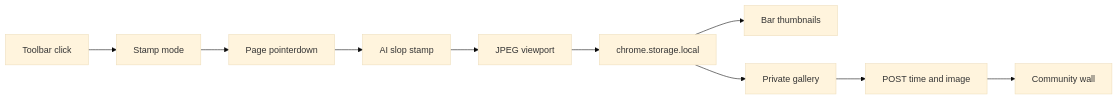
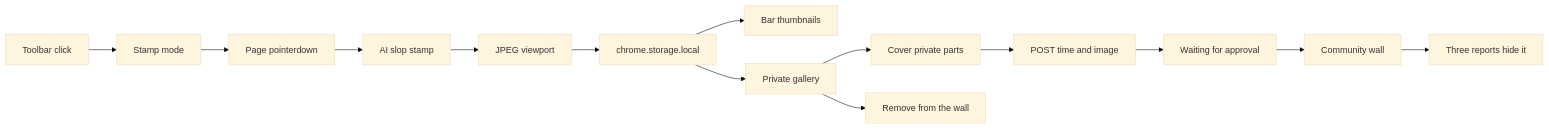
Before and after one commit to surajbarthy/stamped: the diagram in PLAN.md, drawn with Mermaid (base theme). The commit also changed other lines of this file and 39 other files, not shown here.

First line of the commit message:
Put the wall on Cloudflare with approval, removal and a cover-up step

````diff
--- a/PLAN.md
+++ b/PLAN.md
@@ -58,12 +76,16 @@
 ```mermaid
 flowchart LR
   iconClick[Toolbar click] --> stampMode[Stamp mode]
   stampMode --> pageClick[Page pointerdown]
   pageClick --> mark[AI slop stamp]
   mark --> capture[JPEG viewport]
   capture --> storage[chrome.storage.local]
   storage --> thumbs[Bar thumbnails]
   storage --> gallery[Private gallery]
-  gallery --> community[POST time and image]
-  community --> wall[Community wall]
+  gallery --> cover[Cover private parts]
+  cover --> community[POST time and image]
+  community --> queue[Waiting for approval]
+  queue --> wall[Community wall]
+  wall --> report[Three reports hide it]
+  gallery --> remove[Remove from the wall]
 ```
````
